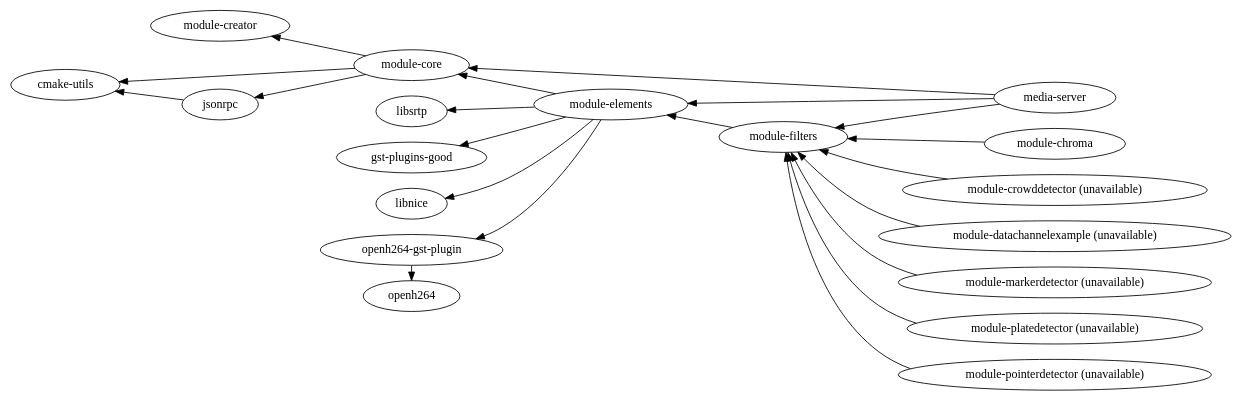
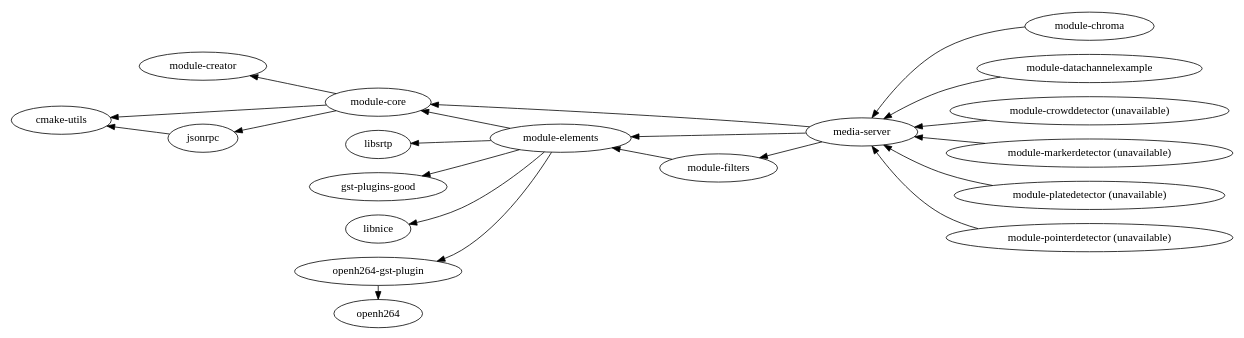
The diagram in source/images/graphs/dependencies-all.dot (Kurento/doc-kurento-readthedocs), drawn with Graphviz before and after one commit. The commit also changed 646 other files, not shown here.

```diff
--- a/source/images/graphs/dependencies-all.dot
+++ b/source/images/graphs/dependencies-all.dot
@@ -1,43 +1,43 @@
 digraph dependencies_all {
   bgcolor = "transparent";
   fontname = "Bitstream Vera Sans";
   fontsize = 8;
   size = "12,8";
 
   rankdir = "RL";
 
   // Forks and external libraries.
   {
     rank = "same";
     "libsrtp";
     "openh264";
     "gst-plugins-good";
     "libnice";
     "openh264-gst-plugin" -> "openh264";
   }
 
   // Main components.
   "module-creator";
   "cmake-utils";
   "jsonrpc" -> "cmake-utils";
 
   "module-core" [group = "1"];
   "module-elements" [group = "1"];
   "module-filters" [group = "1"];
   "media-server" [group = "1"];
 
   "module-core" -> {"module-creator" "cmake-utils" "jsonrpc"};
   "module-elements" -> {"libsrtp" "gst-plugins-good" "libnice" "openh264-gst-plugin" "module-core"};
   "module-filters" -> "module-elements";
   "media-server" -> {"module-core" "module-elements" "module-filters"};
 
   // Example plugins.
-  "module-chroma" -> "module-filters";
+  "module-chroma" -> "media-server";
+  "module-datachannelexample" -> "media-server";
 
   // Build disabled on Ubuntu >= 20.04 (due to breaking changes in OpenCV 4.0).
-  "module-crowddetector (unavailable)" -> "module-filters";
-  "module-datachannelexample (unavailable)" -> "module-filters";
-  "module-markerdetector (unavailable)" -> "module-filters";
-  "module-platedetector (unavailable)" -> "module-filters";
-  "module-pointerdetector (unavailable)" -> "module-filters";
+  "module-crowddetector (unavailable)" -> "media-server";
+  "module-markerdetector (unavailable)" -> "media-server";
+  "module-platedetector (unavailable)" -> "media-server";
+  "module-pointerdetector (unavailable)" -> "media-server";
 }
```
